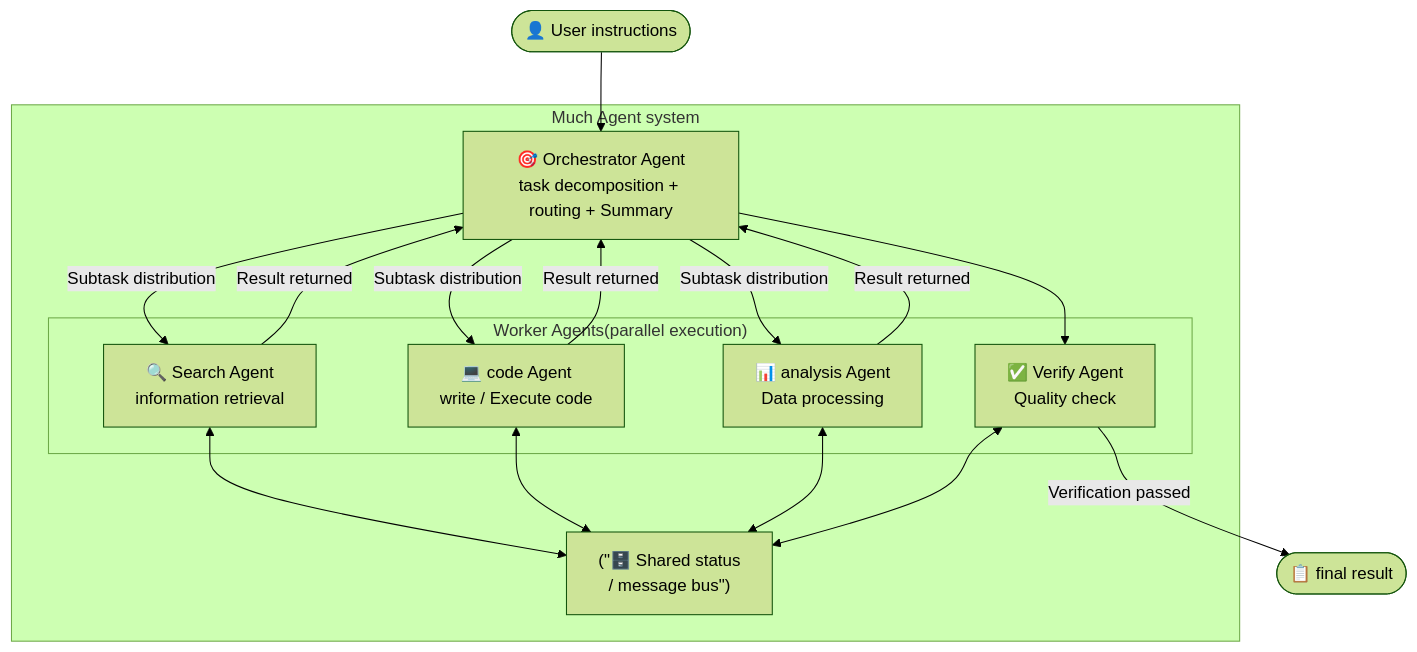
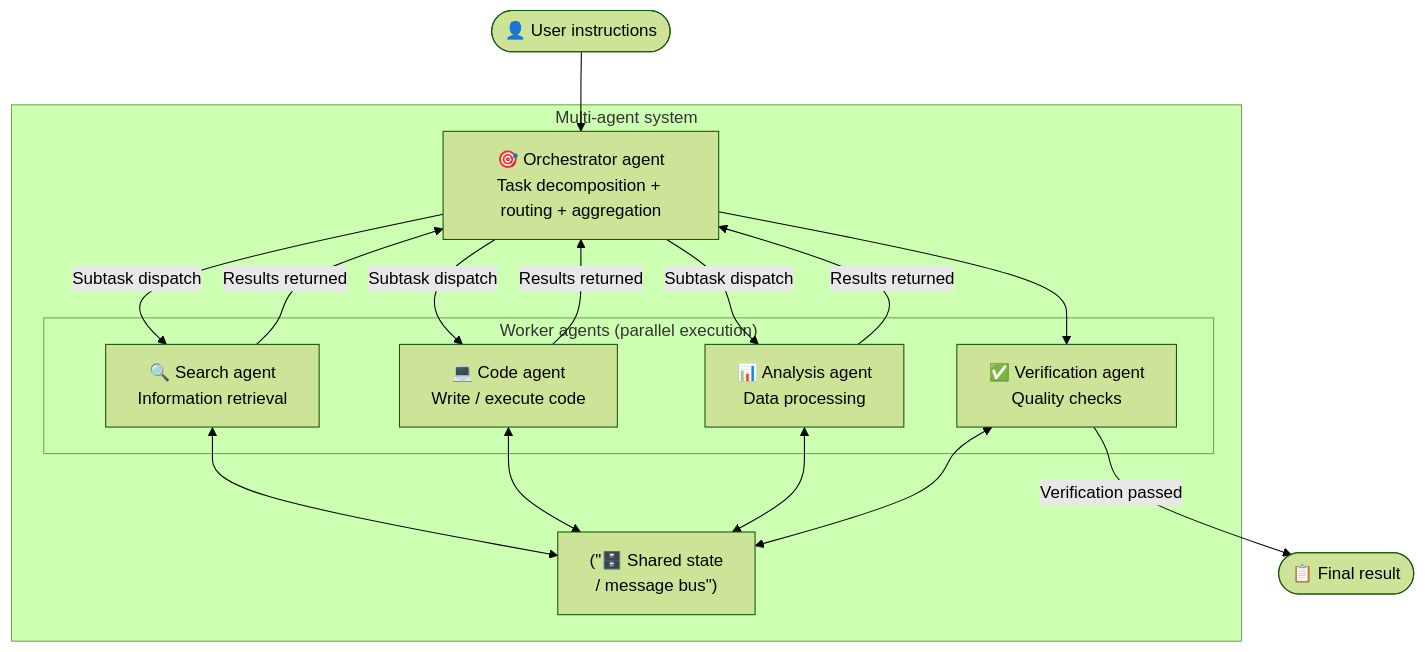
The seventh of 50 diagrams in _translations/en/research/AI-Agent-Survey.md (TingdeLiu/tingdeliu.github.io), drawn with Mermaid (forest theme) before and after one commit. The commit also changed other lines of this file and 51 other files, not shown here.

````diff
--- a/_translations/en/research/AI-Agent-Survey.md
+++ b/_translations/en/research/AI-Agent-Survey.md
@@ -481,26 +481,26 @@
 ```mermaid
 flowchart TB
     USER(["👤 User instructions"])
 
-    subgraph MAS["Much Agent system"]
-        ORC["🎯 Orchestrator Agent\ntask decomposition + routing + Summary"]
+    subgraph MAS["Multi-agent system"]
+        ORC["🎯 Orchestrator agent\nTask decomposition + routing + aggregation"]
 
-        subgraph Workers["Worker Agents(parallel execution)"]
-            W1["🔍 Search Agent\ninformation retrieval"]
-            W2["💻 code Agent\nwrite / Execute code"]
-            W3["📊 analysis Agent\nData processing"]
-            W4["✅ Verify Agent\nQuality check"]
+        subgraph Workers["Worker agents (parallel execution)"]
+            W1["🔍 Search agent\nInformation retrieval"]
+            W2["💻 Code agent\nWrite / execute code"]
+            W3["📊 Analysis agent\nData processing"]
+            W4["✅ Verification agent\nQuality checks"]
         end
 
-        MEM["(&quot;🗄️ Shared status\n/ message bus&quot;)"]
+        MEM["(&quot;🗄️ Shared state\n/ message bus&quot;)"]
     end
 
-    RESULT(["📋 final result"])
+    RESULT(["📋 Final result"])
 
     USER --> ORC
-    ORC -->|"Subtask distribution"| W1 & W2 & W3
-    W1 & W2 & W3 -->|"Result returned"| ORC
+    ORC -->|"Subtask dispatch"| W1 & W2 & W3
+    W1 & W2 & W3 -->|"Results returned"| ORC
     ORC --> W4
     W4 -->|"Verification passed"| RESULT
     W1 & W2 & W3 & W4 <--> MEM
 ```
````
